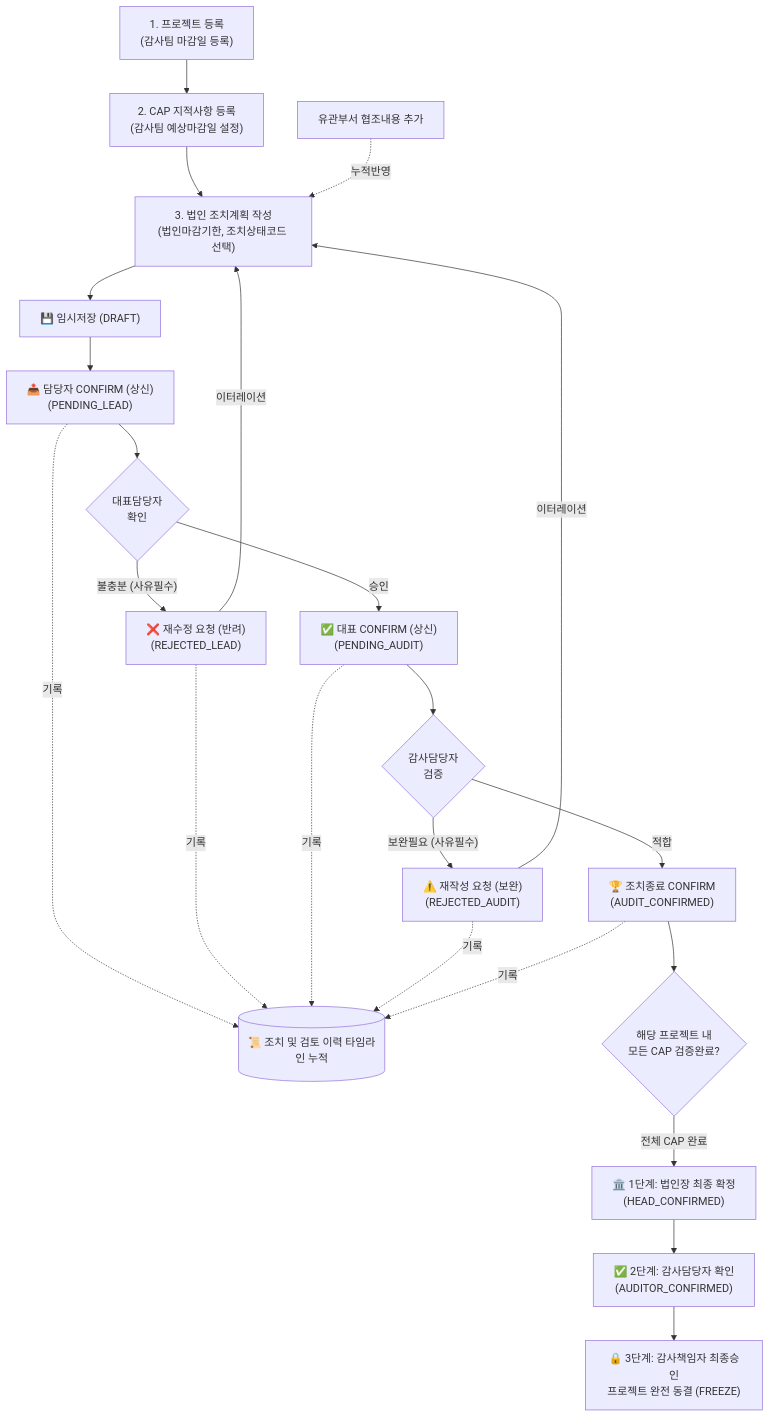
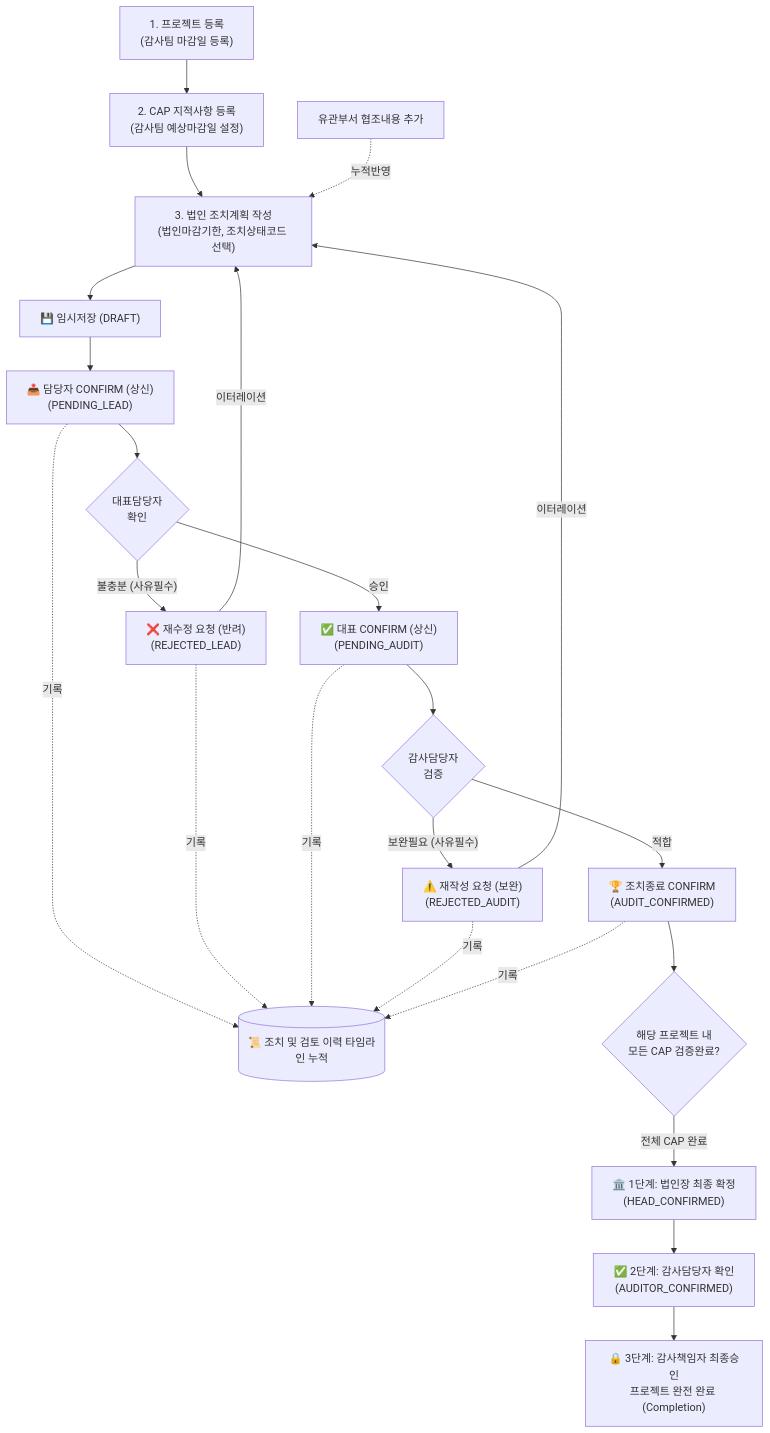
Before and after one commit to dorhi/auditcap: the second of 2 diagrams in system_development_specification.md, drawn with Mermaid. The commit also changed other lines of this file and 8 other files, not shown here.

````diff
--- a/system_development_specification.md
+++ b/system_development_specification.md
@@ -193,48 +193,48 @@
 ```mermaid
 flowchart TD
     %% 노드 정의
     P1["1. 프로젝트 등록<br/>(감사팀 마감일 등록)"]
     P2["2. CAP 지적사항 등록<br/>(감사팀 예상마감일 설정)"]
     M1["3. 법인 조치계획 작성<br/>(법인마감기한, 조치상태코드 선택)"]
     M_DEPT["유관부서 협조내용 추가"]
     M_SAVE["💾 임시저장 (DRAFT)"]
     M_CONFIRM["📤 담당자 CONFIRM (상신)<br/>(PENDING_LEAD)"]
     
     L_CHECK{"대표담당자<br/>확인"}
     L_REJECT["❌ 재수정 요청 (반려)<br/>(REJECTED_LEAD)"]
     L_CONFIRM["✅ 대표 CONFIRM (상신)<br/>(PENDING_AUDIT)"]
     
     A_CHECK{"감사담당자<br/>검증"}
     A_REJECT["⚠️ 재작성 요청 (보완)<br/>(REJECTED_AUDIT)"]
     A_CONFIRM["🏆 조치종료 CONFIRM<br/>(AUDIT_CONFIRMED)"]
     
     HIST[("📜 조치 및 검토 이력 타임라인 누적")]
     
     CHECK_ALL{"해당 프로젝트 내<br/>모든 CAP 검증완료?"}
     
     H_CONFIRM["🏛️ 1단계: 법인장 최종 확정<br/>(HEAD_CONFIRMED)"]
     AUDITOR_REV["✅ 2단계: 감사담당자 확인<br/>(AUDITOR_CONFIRMED)"]
-    LEADER_FRZ["🔒 3단계: 감사책임자 최종승인<br/>프로젝트 완전 동결 (FREEZE)"]
+    LEADER_FRZ["🔒 3단계: 감사책임자 최종승인<br/>프로젝트 완전 완료 (Completion)"]
 
     %% 흐름 연결
     P1 --> P2 --> M1
     M_DEPT -. 누적반영 .-> M1
     M1 --> M_SAVE --> M_CONFIRM
     M_CONFIRM --> L_CHECK
     
     L_CHECK -- "불충분 (사유필수)" --> L_REJECT -->|이터레이션| M1
     L_CHECK -- "승인" --> L_CONFIRM --> A_CHECK
     
     A_CHECK -- "보완필요 (사유필수)" --> A_REJECT -->|이터레이션| M1
     A_CHECK -- "적합" --> A_CONFIRM
     
     M_CONFIRM -. 기록 .-> HIST
     L_REJECT -. 기록 .-> HIST
     L_CONFIRM -. 기록 .-> HIST
     A_REJECT -. 기록 .-> HIST
     A_CONFIRM -. 기록 .-> HIST
     
     A_CONFIRM --> CHECK_ALL
     CHECK_ALL -- "전체 CAP 완료" --> H_CONFIRM
     H_CONFIRM --> AUDITOR_REV --> LEADER_FRZ
 ```
````
